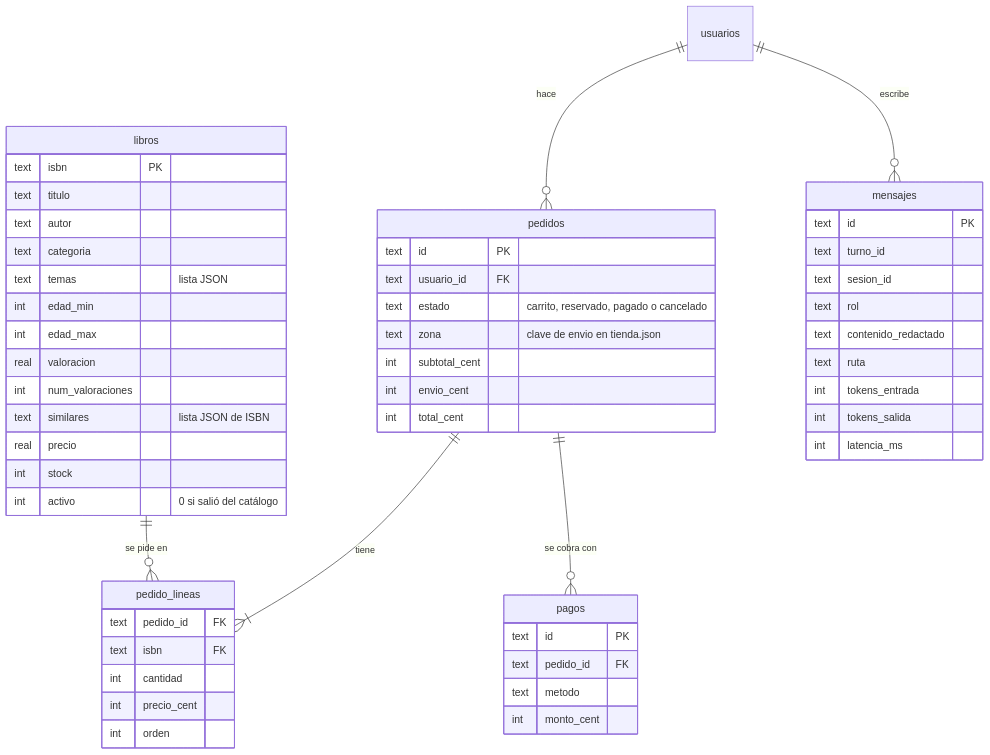
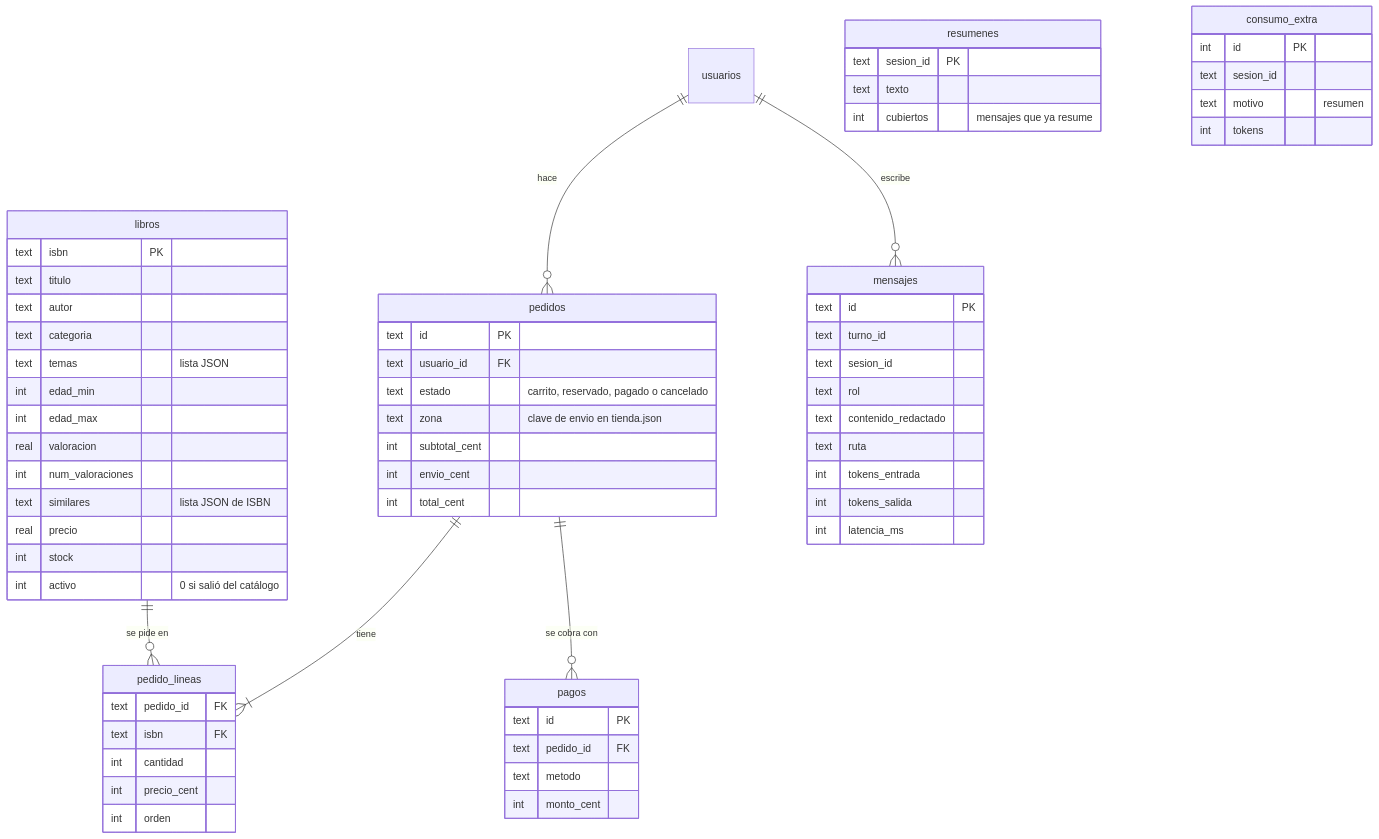
One commit to MechatronicCoder/chatbot-llm-rag changed the fourth of 4 diagrams in docs/arquitectura.md. Above: the diagram before and after it, drawn with Mermaid. The commit also changed other lines of this file and 14 other files, not shown here.

````diff
--- a/docs/arquitectura.md
+++ b/docs/arquitectura.md
@@ -153,56 +154,67 @@
 ```mermaid
 erDiagram
     libros ||--o{ pedido_lineas : "se pide en"
     pedidos ||--|{ pedido_lineas : "tiene"
     usuarios ||--o{ pedidos : "hace"
     pedidos ||--o{ pagos : "se cobra con"
     usuarios ||--o{ mensajes : "escribe"
     libros {
         text isbn PK
         text titulo
         text autor
         text categoria
         text temas "lista JSON"
         int edad_min
         int edad_max
         real valoracion
         int num_valoraciones
         text similares "lista JSON de ISBN"
         real precio
         int stock
         int activo "0 si salió del catálogo"
     }
     pedidos {
         text id PK
         text usuario_id FK
         text estado "carrito, reservado, pagado o cancelado"
         text zona "clave de envio en tienda.json"
         int subtotal_cent
         int envio_cent
         int total_cent
     }
     pedido_lineas {
         text pedido_id FK
         text isbn FK
         int cantidad
         int precio_cent
         int orden
     }
     pagos {
         text id PK
         text pedido_id FK
         text metodo
         int monto_cent
     }
     mensajes {
         text id PK
         text turno_id
         text sesion_id
         text rol
         text contenido_redactado
         text ruta
         int tokens_entrada
         int tokens_salida
         int latencia_ms
     }
+    resumenes {
+        text sesion_id PK
+        text texto
+        int cubiertos "mensajes que ya resume"
+    }
+    consumo_extra {
+        int id PK
+        text sesion_id
+        text motivo "resumen"
+        int tokens
+    }
 ```
````
